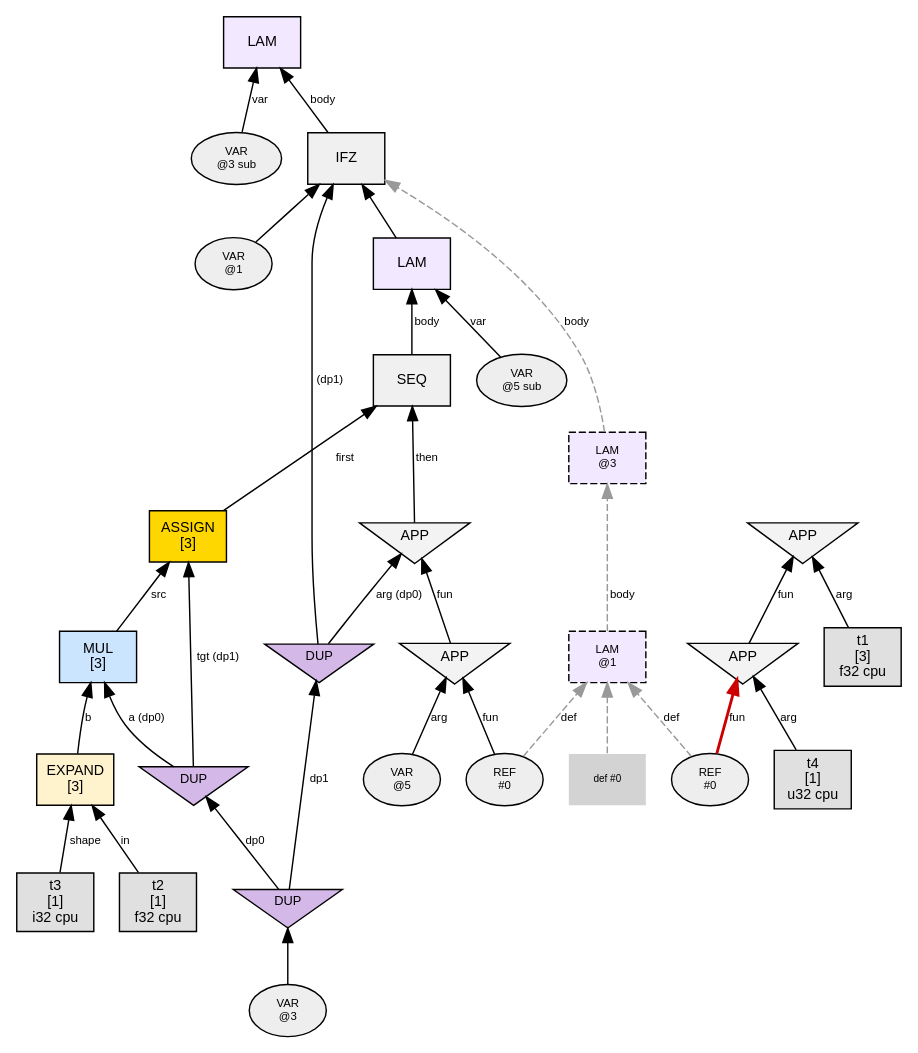
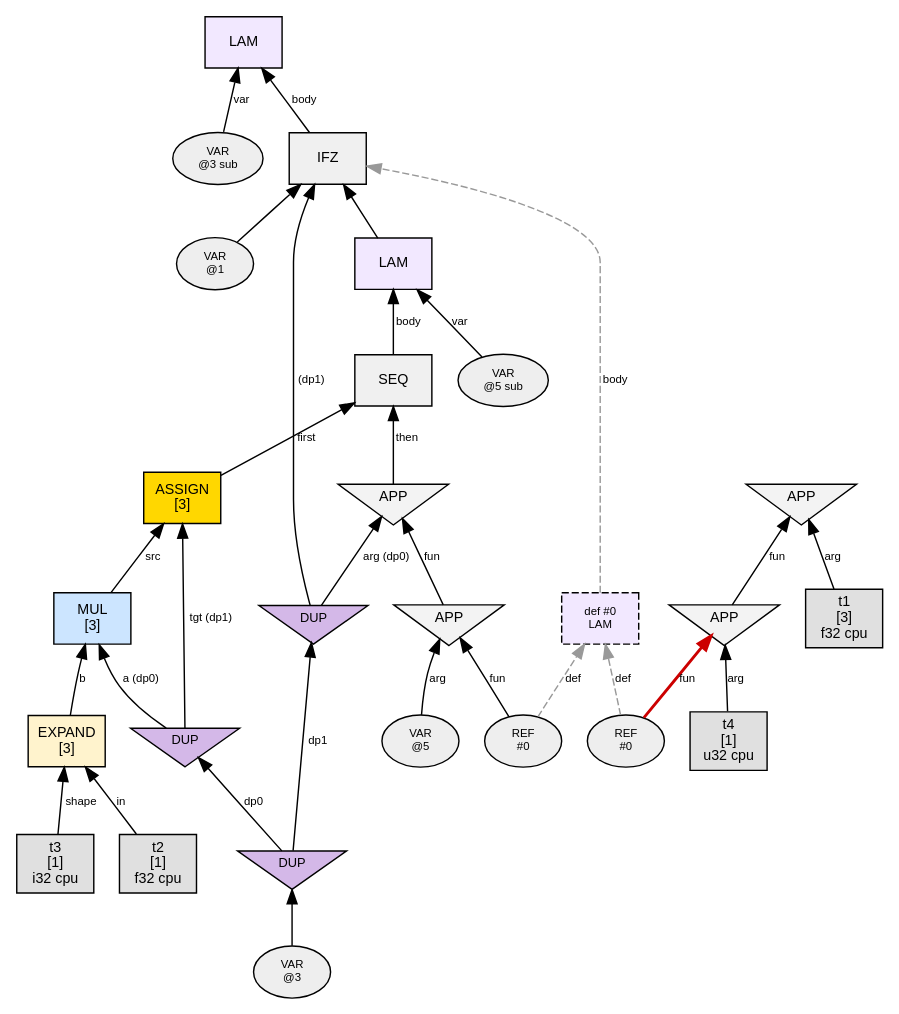
One commit to sw1sh/TinyHVM changed the diagram in phase1_graphs/loop_assign_simple/n0_steps/step_000_state_init.dot. Above: the diagram before and after it, drawn with Graphviz. The commit also changed 77 other files, not shown here.

First line of the commit message:
fix: REF→def#0 LAM node, test assertions, step graph completes

```diff
--- a/phase1_graphs/loop_assign_simple/n0_steps/step_000_state_init.dot
+++ b/phase1_graphs/loop_assign_simple/n0_steps/step_000_state_init.dot
@@ -1,67 +1,63 @@
 digraph G {
   // PREV_INTERACTION: state_init
   // NEXT_INTERACTION: interact_REF
   rankdir=BT;
   node [fontname="Helvetica", fontsize=10, style=filled, shape=box, margin="0.1,0.05"];
   edge [fontsize=8, fontname="Helvetica"];
 
   n3 [label="LAM", shape=box, fillcolor="#f2e8ff"];
   var3 [label="VAR\n@3 sub", shape=oval, fillcolor="#eeeeee", fontsize=8];
   var3 -> n3 [label="var"];
   n26 -> n3 [label="body"];
   n26 [label="IFZ", shape=box, fillcolor="#f0f0f0"];
   var26 [label="VAR\n@1", shape=oval, fillcolor="#eeeeee", fontsize=8];
   var26 -> n26 [label=""];
   dup9 [label="DUP", shape=invtriangle, fillcolor="#d4b8e8", fontsize=9, width=0.7, height=0.5];
   dup7 -> dup9 [label="dp1"];
   dup7 [label="DUP", shape=invtriangle, fillcolor="#d4b8e8", fontsize=9, width=0.7, height=0.5];
   var7 [label="VAR\n@3", shape=oval, fillcolor="#eeeeee", fontsize=8];
   var7 -> dup7;
   dup9 -> n26 [label=" (dp1)"];
   n5 -> n26 [label=""];
   n24 [label="SEQ", shape=box, fillcolor="#f0f0f0"];
   n18 -> n24 [label="first"];
   n22 -> n24 [label="then"];
   n10 [label="EXPAND\n[3]", shape=box, fillcolor="#fff3cd"];
   t2 [label="t2\n[1]\nf32 cpu",shape=box,fillcolor="#e0e0e0"];
   t2 -> n10 [label="in"];
   t3 [label="t3\n[1]\ni32 cpu",shape=box,fillcolor="#e0e0e0"];
   t3 -> n10 [label="shape"];
   n14 [label="MUL\n[3]", shape=box, fillcolor="#cce5ff"];
   dup8 [label="DUP", shape=invtriangle, fillcolor="#d4b8e8", fontsize=9, width=0.7, height=0.5];
   dup7 -> dup8 [label="dp0"];
   dup8 -> n14 [label="a (dp0)"];
   n10 -> n14 [label="b"];
   ref20 [label="REF\n#0", shape=oval, fillcolor="#eeeeee", fontsize=8];
-  ref20 -> deflam0_0 [style=dashed, color="#999999", label="def"];
+  def0 [label="def #0\nLAM", shape=box, fillcolor="#f2e8ff", style="filled,dashed", fontsize=8];
+  def0 -> n26 [style=dashed, color="#999999", label="body"];
+  ref20 -> def0 [style=dashed, color="#999999", label="def"];
   n20 [label="APP", shape=invtriangle, fillcolor="#f3f3f3"];
   ref20 -> n20 [label="fun"];
   var21 [label="VAR\n@5", shape=oval, fillcolor="#eeeeee", fontsize=8];
   var21 -> n20 [label="arg"];
   n18 [label="ASSIGN\n[3]", shape=box, fillcolor="#ffd700"];
   dup8 -> n18 [label="tgt (dp1)"];
   n14 -> n18 [label="src"];
   n22 [label="APP", shape=invtriangle, fillcolor="#f3f3f3"];
   n20 -> n22 [label="fun"];
   dup9 -> n22 [label="arg (dp0)"];
   n5 [label="LAM", shape=box, fillcolor="#f2e8ff"];
   var5 [label="VAR\n@5 sub", shape=oval, fillcolor="#eeeeee", fontsize=8];
   var5 -> n5 [label="var"];
   n24 -> n5 [label="body"];
   ref29 [label="REF\n#0", shape=oval, fillcolor="#eeeeee", fontsize=8];
-  ref29 -> deflam0_0 [style=dashed, color="#999999", label="def"];
+  ref29 -> def0 [style=dashed, color="#999999", label="def"];
   n29 [label="APP", shape=invtriangle, fillcolor="#f3f3f3"];
   ref29 -> n29 [label="fun",color="#cc0000",penwidth=2.0];
   t4 [label="t4\n[1]\nu32 cpu",shape=box,fillcolor="#e0e0e0"];
   t4 -> n29 [label="arg"];
   n31 [label="APP", shape=invtriangle, fillcolor="#f3f3f3"];
   n29 -> n31 [label="fun"];
   t1 [label="t1\n[3]\nf32 cpu",shape=box,fillcolor="#e0e0e0"];
   t1 -> n31 [label="arg"];
-  deflam0_0 [label="LAM\n@1", shape=box, fillcolor="#f2e8ff", style="filled,dashed", fontsize=8];
-  ref_def0 [label="def #0", shape=none, fontsize=7];
-  ref_def0 -> deflam0_0 [style=dashed, color="#999999"];
-  deflam0_1 [label="LAM\n@3", shape=box, fillcolor="#f2e8ff", style="filled,dashed", fontsize=8];
-  deflam0_0 -> deflam0_1 [style=dashed, color="#999999", label="body"];
-  deflam0_1 -> n26 [style=dashed, color="#999999", label="body"];
 }
```
